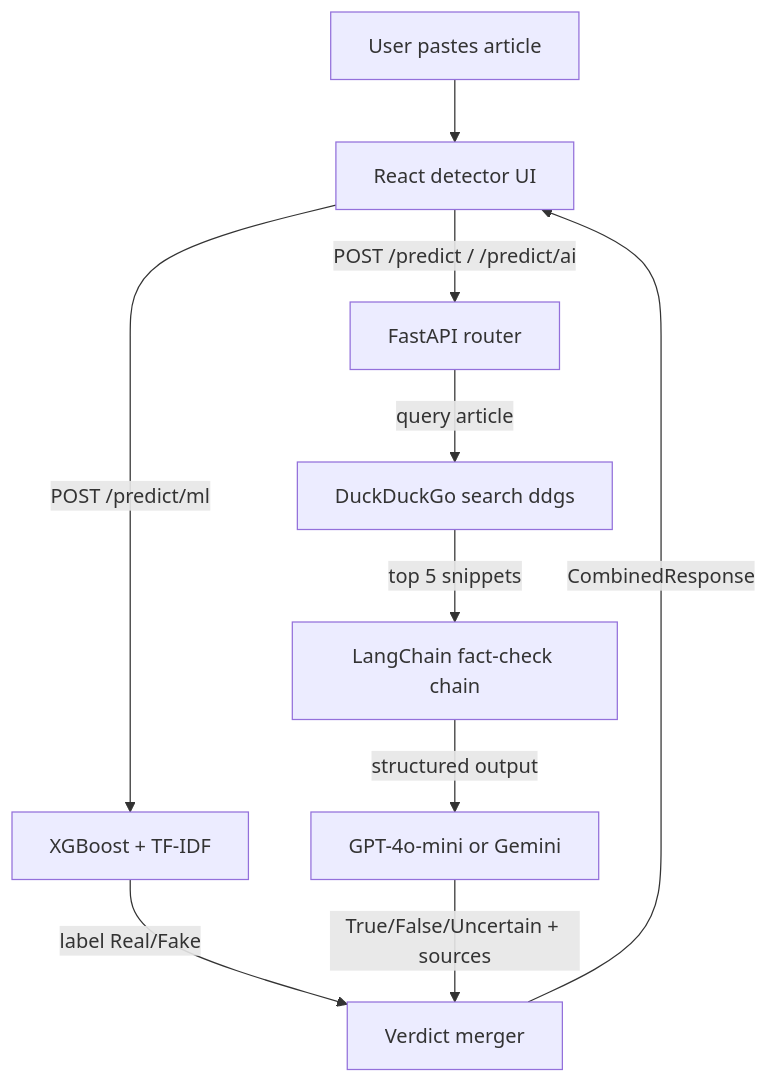
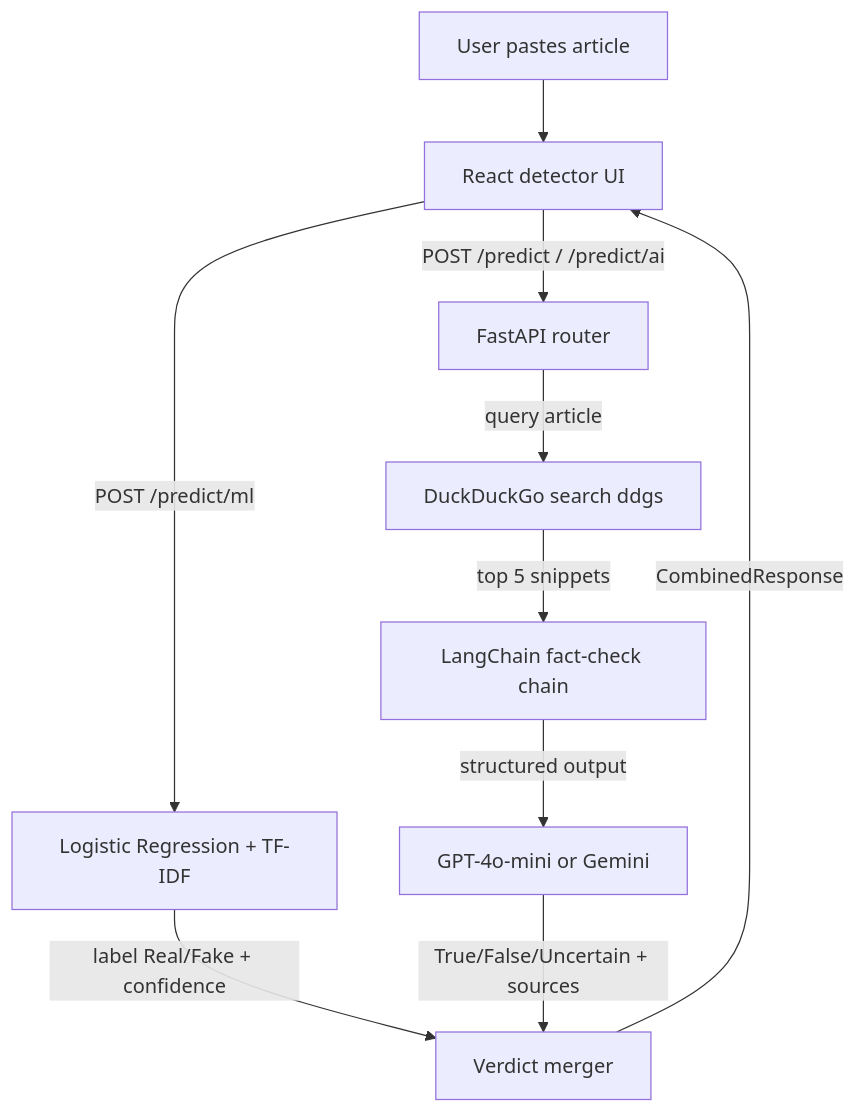
The diagram in README.md (Dev-with-Mouzan/Fack_News_Detection), drawn with Mermaid before and after one commit. The commit also changed other lines of this file, not shown here.

Commit message:
Update README: live deployment URL, logistic regression model, confidence score

````diff
--- a/README.md
+++ b/README.md
@@ -88,12 +87,12 @@
 ```mermaid
 flowchart TD
     A[User pastes article] --> B[React detector UI]
-    B -->|POST /predict/ml| C[XGBoost + TF-IDF]
+    B -->|POST /predict/ml| C[Logistic Regression + TF-IDF]
     B -->|POST /predict / /predict/ai| D[FastAPI router]
     D -->|query article| E[DuckDuckGo search ddgs]
     E -->|top 5 snippets| F[LangChain fact-check chain]
     F -->|structured output| G[GPT-4o-mini or Gemini]
-    C -->|label Real/Fake| H[Verdict merger]
+    C -->|label Real/Fake + confidence| H[Verdict merger]
     G -->|True/False/Uncertain + sources| H
     H -->|CombinedResponse| B
 ```
````
